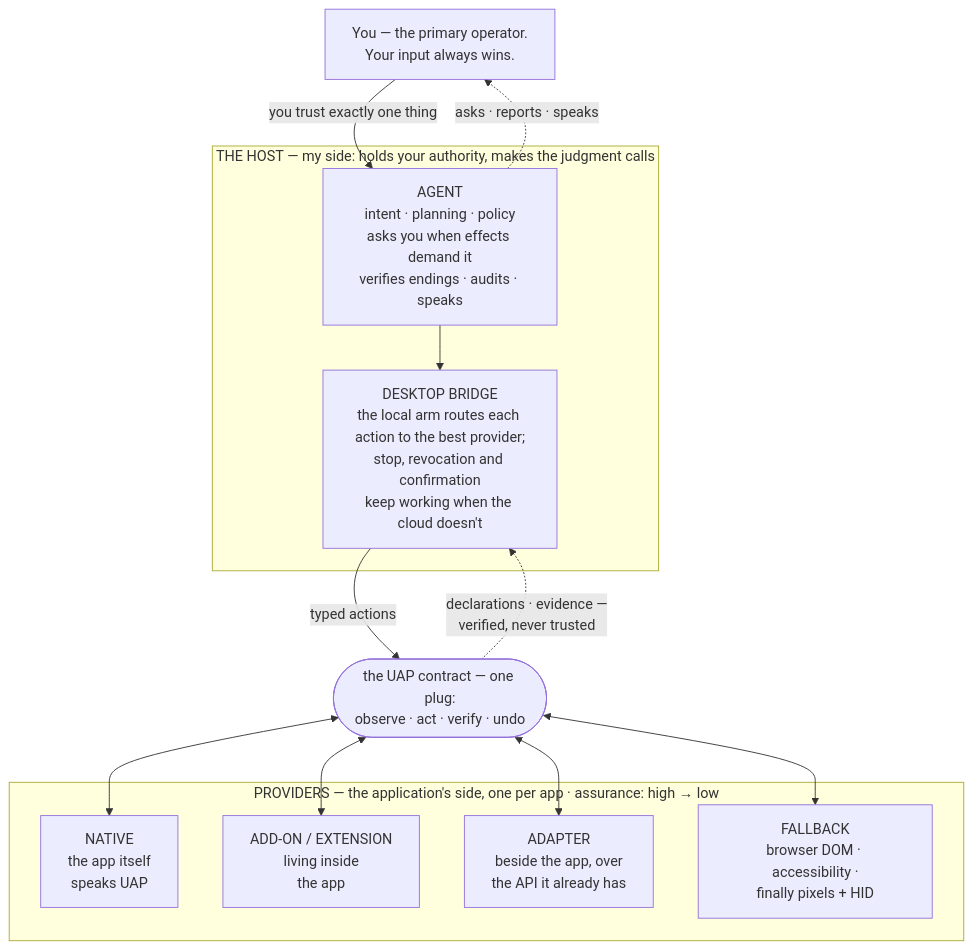
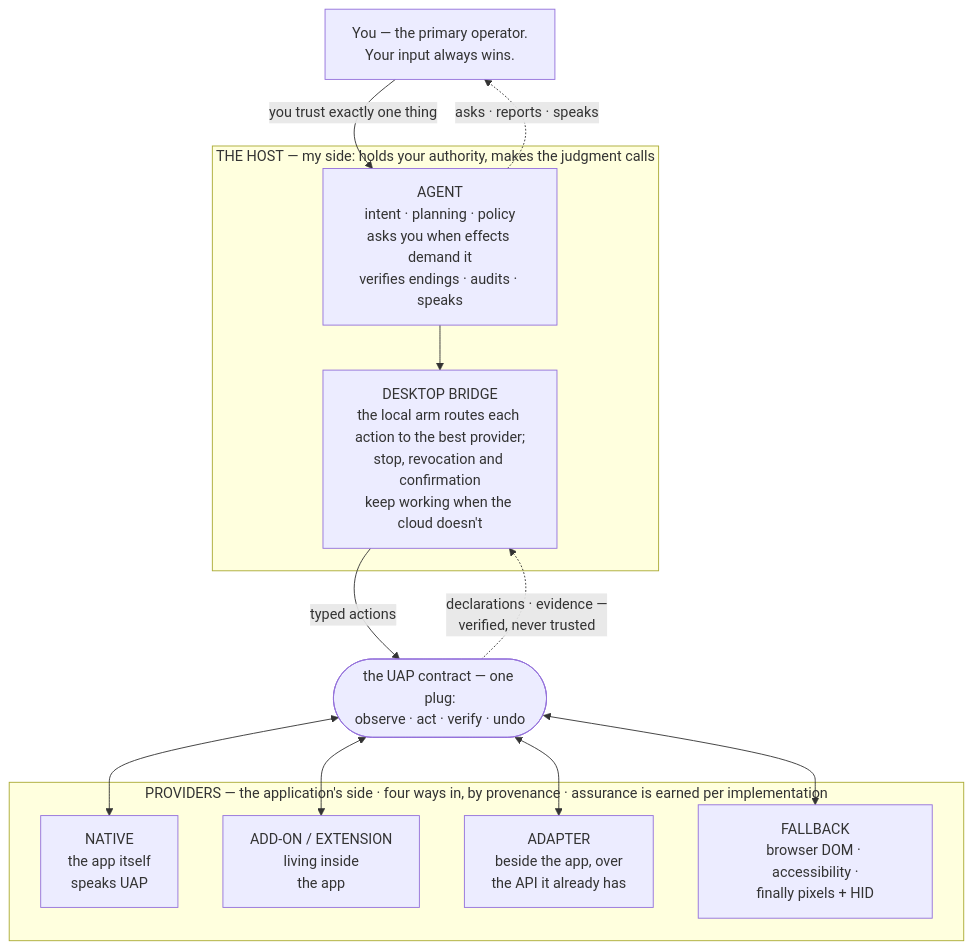
Before and after one commit to Kyra-H-I/public-uap: the diagram in README.md, drawn with Mermaid. The commit also changed other lines of this file and 1 other file, not shown here.

First line of the commit message:
One contract, many routes — and say so consistently

````diff
--- a/README.md
+++ b/README.md
@@ -69,29 +72,29 @@
 ```mermaid
 flowchart TD
     YOU["You — the primary operator.<br/>Your input always wins."]
     YOU -->|"you trust exactly one thing"| AGENT
     AGENT -.->|"asks · reports · speaks"| YOU
 
     subgraph HOST["THE HOST — my side: holds your authority, makes the judgment calls"]
         AGENT["AGENT<br/>intent · planning · policy<br/>asks you when effects demand it<br/>verifies endings · audits · speaks"]
         BRIDGE["DESKTOP BRIDGE<br/>the local arm routes each action to the best provider;<br/>stop, revocation and confirmation<br/>keep working when the cloud doesn't"]
         AGENT --> BRIDGE
     end
 
     BRIDGE -->|"typed actions"| PLUG
     PLUG -.->|"declarations · evidence —<br/>verified, never trusted"| BRIDGE
 
     PLUG(["the UAP contract — one plug:<br/>observe · act · verify · undo"])
 
-    subgraph PROVIDERS["PROVIDERS — the application's side, one per app · assurance: high → low"]
+    subgraph PROVIDERS["PROVIDERS — the application's side · four ways in, by provenance · assurance is earned per implementation"]
         NATIVE["NATIVE<br/>the app itself<br/>speaks UAP"]
         EXT["ADD-ON / EXTENSION<br/>living inside<br/>the app"]
         ADAPTER["ADAPTER<br/>beside the app, over<br/>the API it already has"]
         FALLBACK["FALLBACK<br/>browser DOM · accessibility ·<br/>finally pixels + HID"]
     end
 
     PLUG <--> NATIVE
     PLUG <--> EXT
     PLUG <--> ADAPTER
     PLUG <--> FALLBACK
 ```
````
